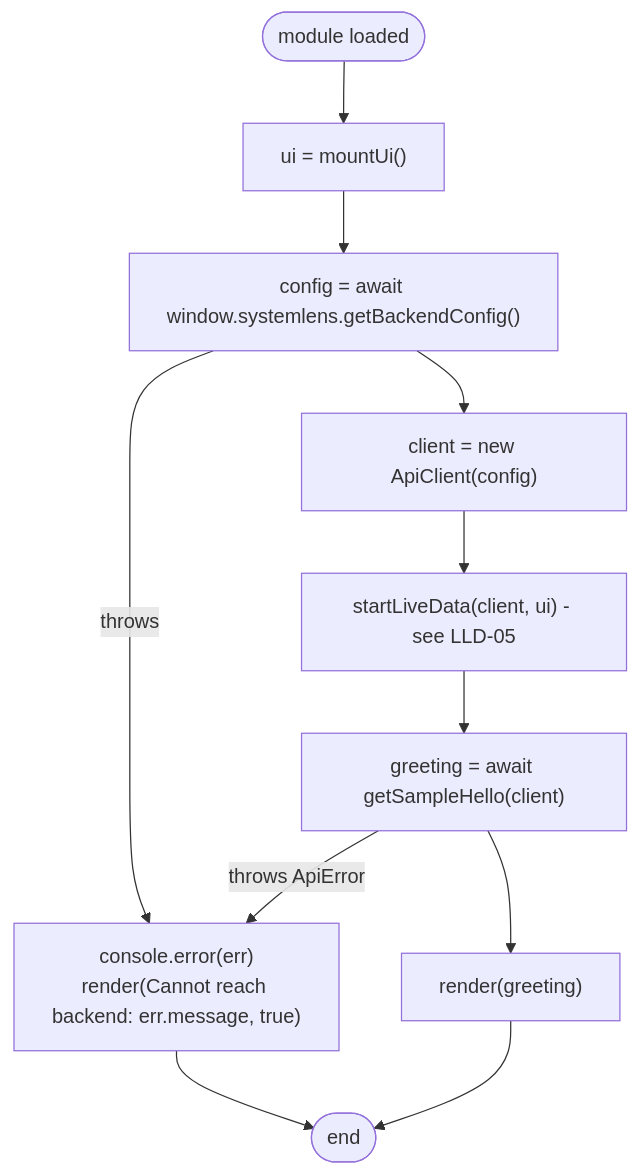
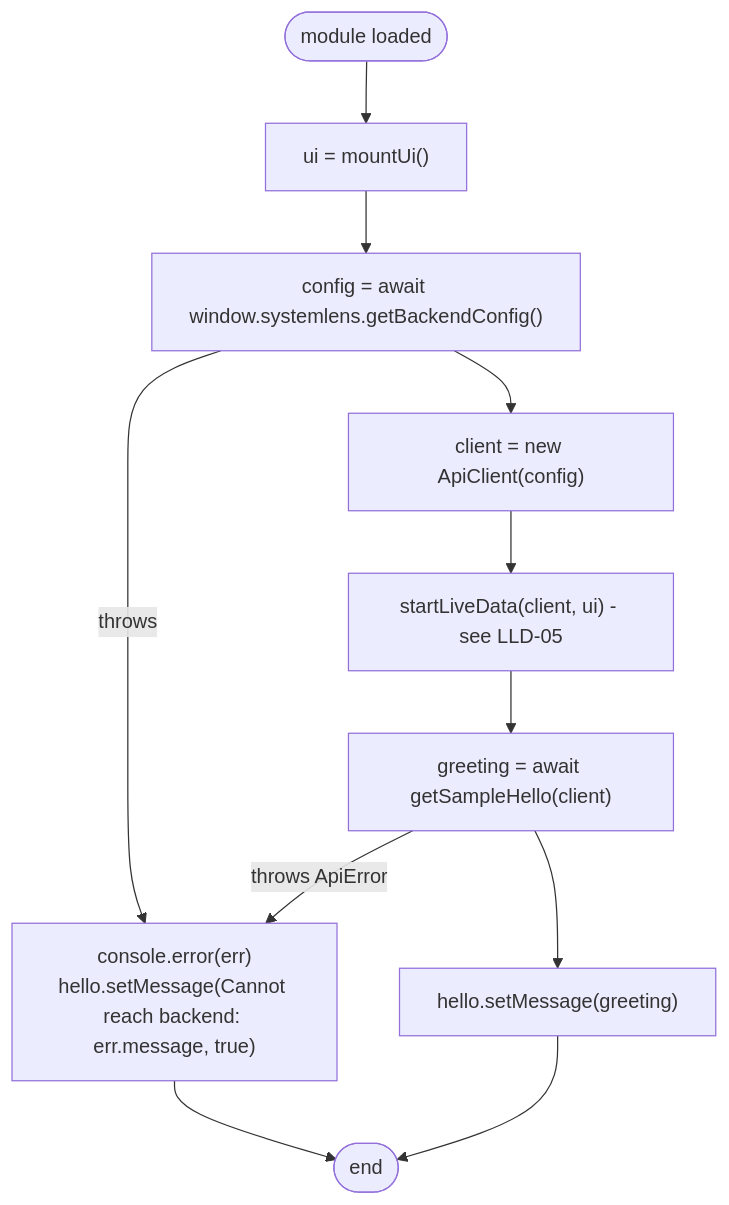
One commit to hoanglong1412/SystemLens changed the second of 4 diagrams in docs/design/lld/LLD-03-sample-hello.md. Above: the diagram before and after it, drawn with Mermaid. The commit also changed other lines of this file and 53 other files, not shown here.

````diff
--- a/docs/design/lld/LLD-03-sample-hello.md
+++ b/docs/design/lld/LLD-03-sample-hello.md
@@ -138,13 +139,13 @@
 ```mermaid
 flowchart TD
     S(["module loaded"]) --> U["ui = mountUi()"]
     U --> C["config = await window.systemlens.getBackendConfig()"]
     C -- "throws" --> ERR
     C --> N["client = new ApiClient(config)"]
     N --> L["startLiveData(client, ui) - see LLD-05"]
     L --> G["greeting = await getSampleHello(client)"]
-    G -- "throws ApiError" --> ERR["console.error(err)<br/>render(Cannot reach backend: err.message, true)"]
-    G --> R["render(greeting)"]
+    G -- "throws ApiError" --> ERR["console.error(err)<br/>hello.setMessage(Cannot reach backend: err.message, true)"]
+    G --> R["hello.setMessage(greeting)"]
     R --> E(["end"])
     ERR --> E
 ```
````
